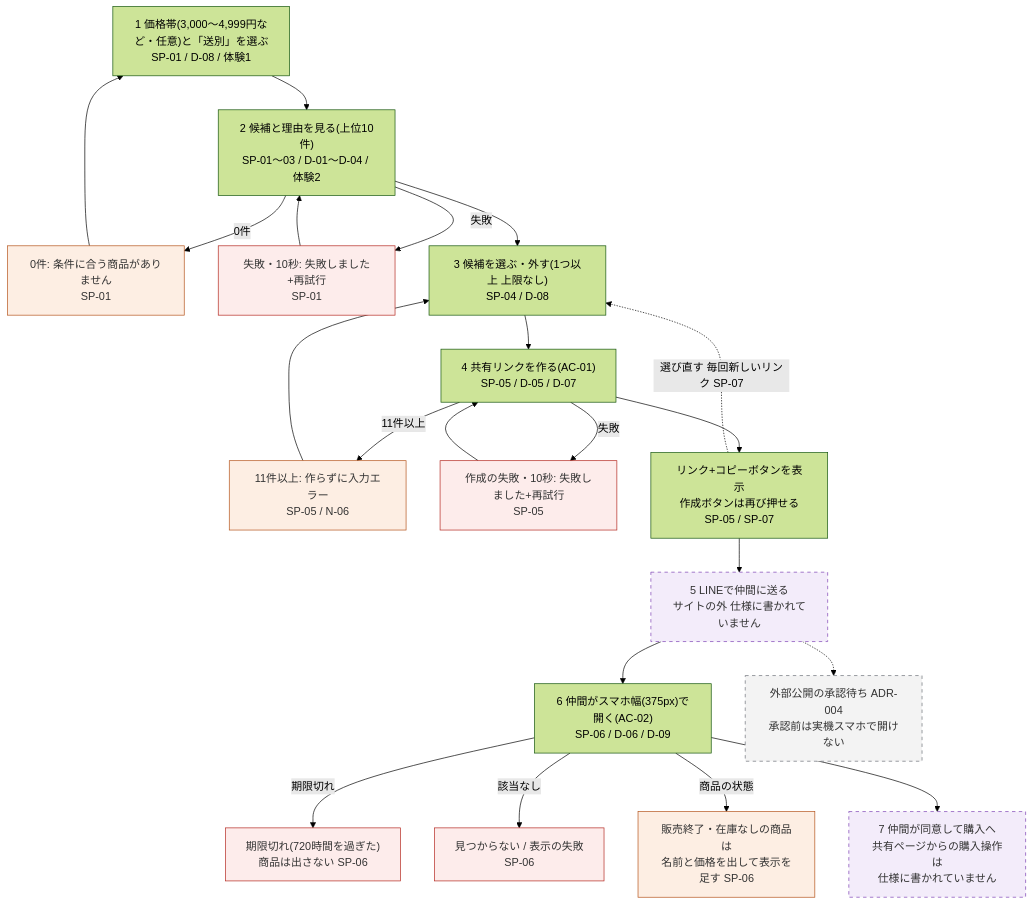
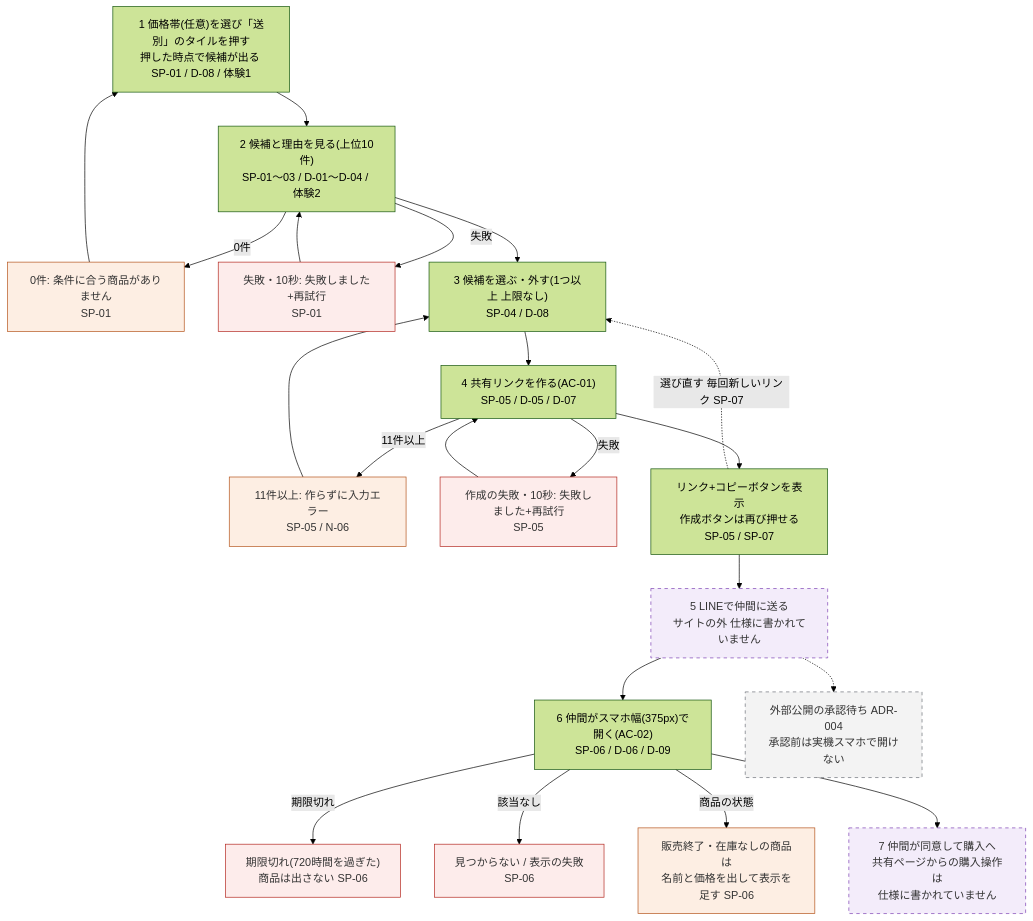
One commit to Team18-RaizenYomiMukuro-Tech0/model_team18_tech0 changed the first of 3 diagrams in 02_プロジェクト/giftia-ui-renewal/仕様.md. Above: the diagram before and after it, drawn with Mermaid (forest theme). The commit also changed other lines of this file and 29 other files, not shown here.

````diff
--- a/02_プロジェクト/giftia-ui-renewal/仕様.md
+++ b/02_プロジェクト/giftia-ui-renewal/仕様.md
@@ -86,38 +86,38 @@
 ```mermaid
 flowchart TD
   classDef pend stroke-dasharray: 5 5,stroke:#6b6f76,fill:#f3f3f3,color:#333
   classDef gap stroke-dasharray: 5 5,stroke:#7b3fb3,fill:#f3ecfa,color:#333
   classDef err fill:#fdeceb,stroke:#b3261e,color:#333
   classDef warn fill:#fdeee3,stroke:#b4531a,color:#333
 
-  S1["1 価格帯(3,000〜4,999円など・任意)と「送別」を選ぶ<br/>SP-01 / D-08 / 体験1"]
+  S1["1 価格帯(任意)を選び「送別」のタイルを押す<br/>押した時点で候補が出る SP-01 / D-08 / 体験1"]
   S2["2 候補と理由を見る(上位10件)<br/>SP-01〜03 / D-01〜D-04 / 体験2"]
   Z0["0件: 条件に合う商品がありません<br/>SP-01"]:::warn
   Z1["失敗・10秒: 失敗しました+再試行<br/>SP-01"]:::err
   S3["3 候補を選ぶ・外す(1つ以上 上限なし)<br/>SP-04 / D-08"]
   S4["4 共有リンクを作る(AC-01)<br/>SP-05 / D-05 / D-07"]
   B11["11件以上: 作らずに入力エラー<br/>SP-05 / N-06"]:::warn
   F4["作成の失敗・10秒: 失敗しました+再試行<br/>SP-05"]:::err
   S4b["リンク+コピーボタンを表示<br/>作成ボタンは再び押せる<br/>SP-05 / SP-07"]
   S5["5 LINEで仲間に送る<br/>サイトの外 仕様に書かれていません"]:::gap
   S6["6 仲間がスマホ幅(375px)で開く(AC-02)<br/>SP-06 / D-06 / D-09"]
   X1["期限切れ(720時間を過ぎた)<br/>商品は出さない SP-06"]:::err
   X2["見つからない / 表示の失敗<br/>SP-06"]:::err
   X3["販売終了・在庫なしの商品は<br/>名前と価格を出して表示を足す SP-06"]:::warn
   S7["7 仲間が同意して購入へ<br/>共有ページからの購入操作は<br/>仕様に書かれていません"]:::gap
   P1["外部公開の承認待ち ADR-004<br/>承認前は実機スマホで開けない"]:::pend
 
   S1 --> S2
   S2 -- 0件 --> Z0 --> S1
   S2 -- 失敗 --> Z1 --> S2
   S2 --> S3 --> S4
   S4 -- 11件以上 --> B11 --> S3
   S4 -- 失敗 --> F4 --> S4
   S4 --> S4b --> S5 --> S6
   S5 -.-> P1
   S6 -- 期限切れ --> X1
   S6 -- 該当なし --> X2
   S6 -- 商品の状態 --> X3
   S6 --> S7
   S4b -. 選び直す 毎回新しいリンク SP-07 .-> S3
 ```
````
